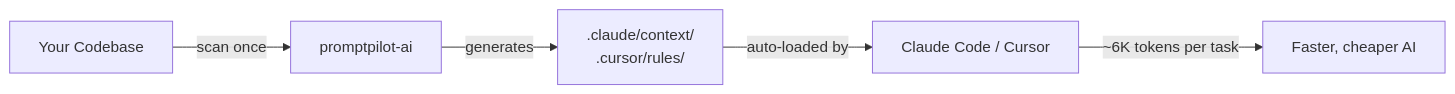
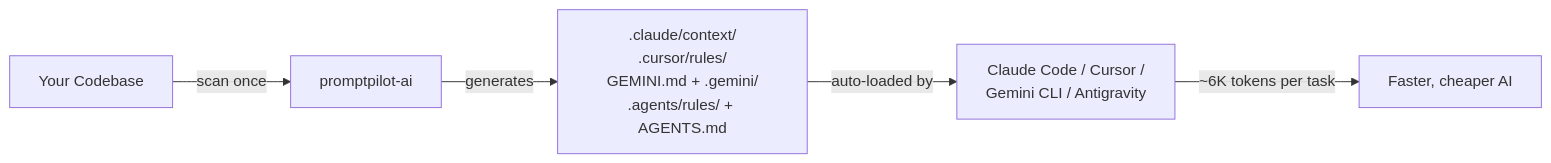
One commit to amit-2011/claudex changed the diagram in README.md. Above: the diagram before and after it, drawn with Mermaid. The commit also changed other lines of this file and 15 other files, not shown here.

First line of the commit message:
feat(cli): v0.10.0 — Gemini CLI & Antigravity targets

````diff
--- a/README.md
+++ b/README.md
@@ -63,7 +61,7 @@
 ```mermaid
 flowchart LR
     A[Your Codebase] -->|scan once| B[promptpilot-ai]
-    B -->|generates| C[.claude/context/<br/>.cursor/rules/]
-    C -->|auto-loaded by| D[Claude Code / Cursor]
+    B -->|generates| C[.claude/context/<br/>.cursor/rules/<br/>GEMINI.md + .gemini/<br/>.agents/rules/ + AGENTS.md]
+    C -->|auto-loaded by| D[Claude Code / Cursor /<br/>Gemini CLI / Antigravity]
     D -->|~6K tokens per task| E[Faster, cheaper AI]
 ```
````
